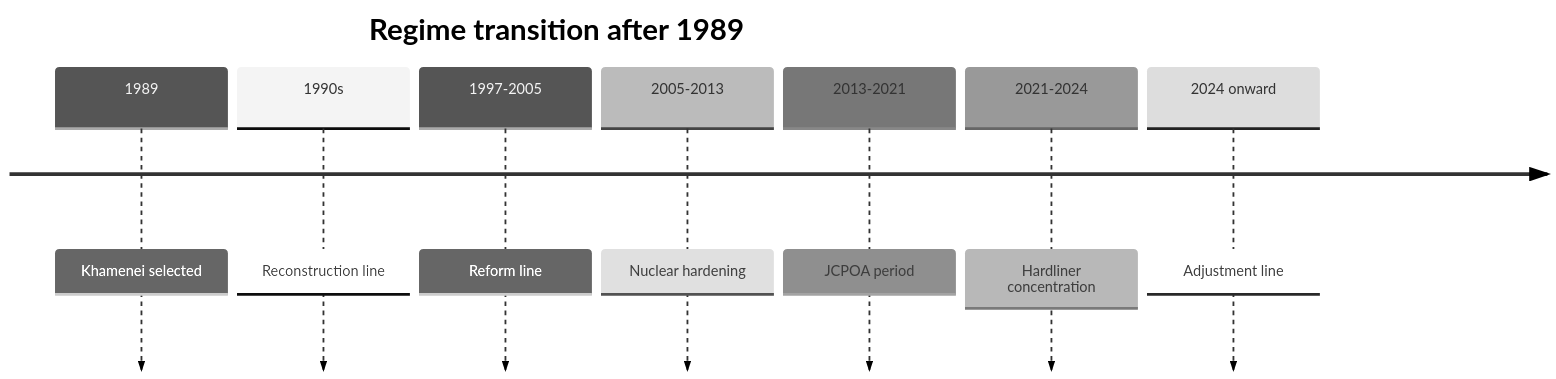
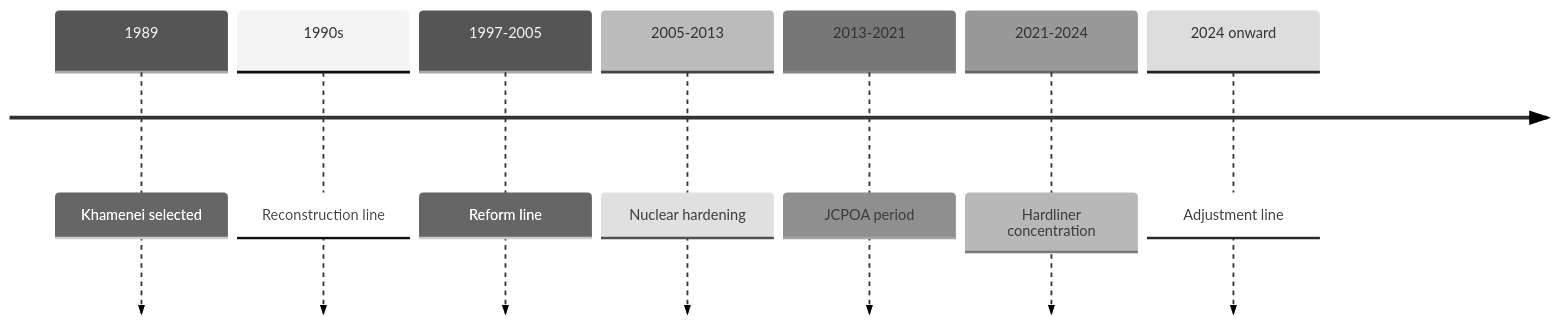
The first of 3 diagrams in articles/report/khomeini-to-khamenei-transition/en/index.mdx (daylight55/research), drawn with Mermaid (neutral theme) before and after one commit. The commit also changed other lines of this file and 181 other files, not shown here.

First line of the commit message:
全記事の図解368点を再生成し、共通注意書きを削除 (#402)

````diff
--- a/articles/report/khomeini-to-khamenei-transition/en/index.mdx
+++ b/articles/report/khomeini-to-khamenei-transition/en/index.mdx
@@ -27,11 +27,14 @@
 ```mermaid
 timeline
-    title Regime transition after 1989
+  accTitle: Government policy shifts after Iran's leadership succession
+  accDescr: Distinguish the 1989 leadership succession from successive presidents' reconstruction, reform and nuclear-negotiation policies.
+  accTitle: Government policy shifts after Iran's leadership succession
+  accDescr: Distinguish the 1989 leadership succession from successive presidents' reconstruction, reform and nuclear-negotiation policies.
     1989 : Khamenei selected
     1990s : Reconstruction line
     1997-2005 : Reform line
     2005-2013 : Nuclear hardening
     2013-2021 : JCPOA period
     2021-2024 : Hardliner concentration
     2024 onward : Adjustment line
 ```
````
